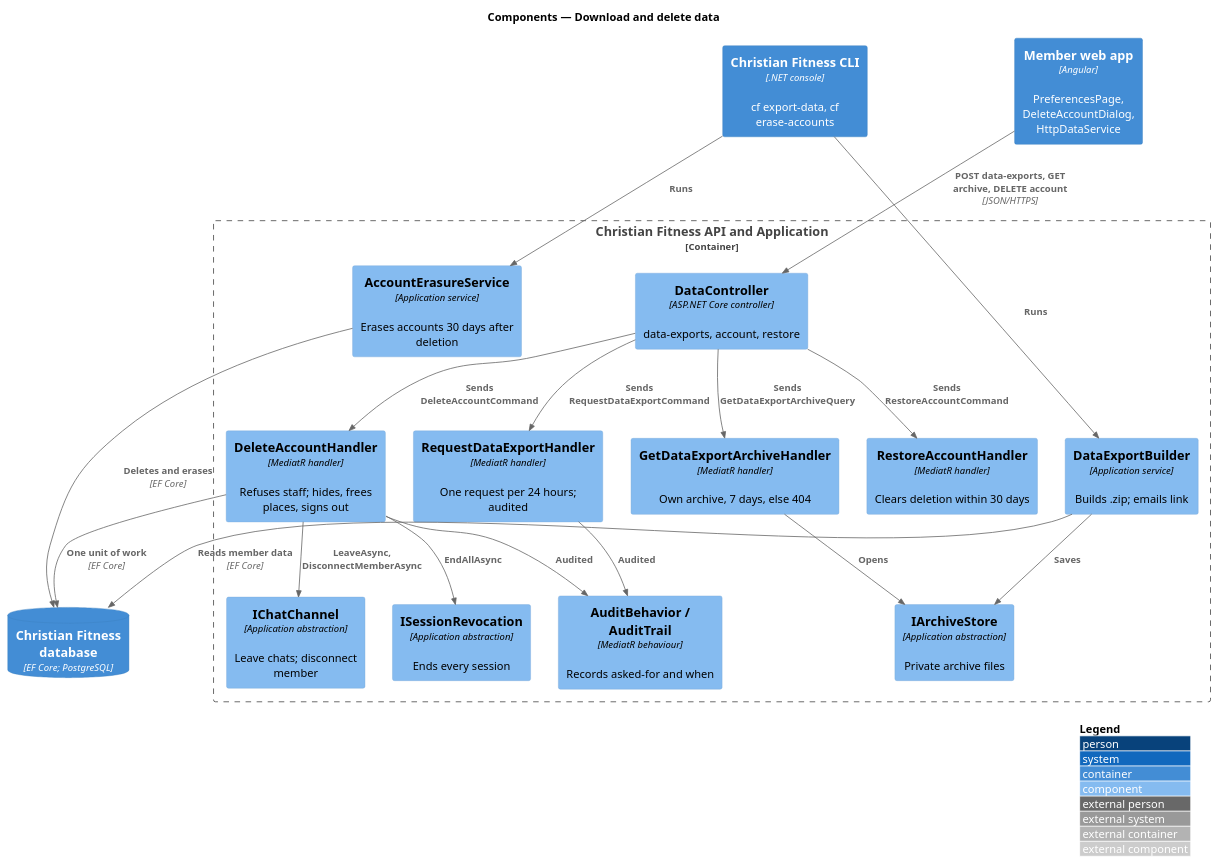
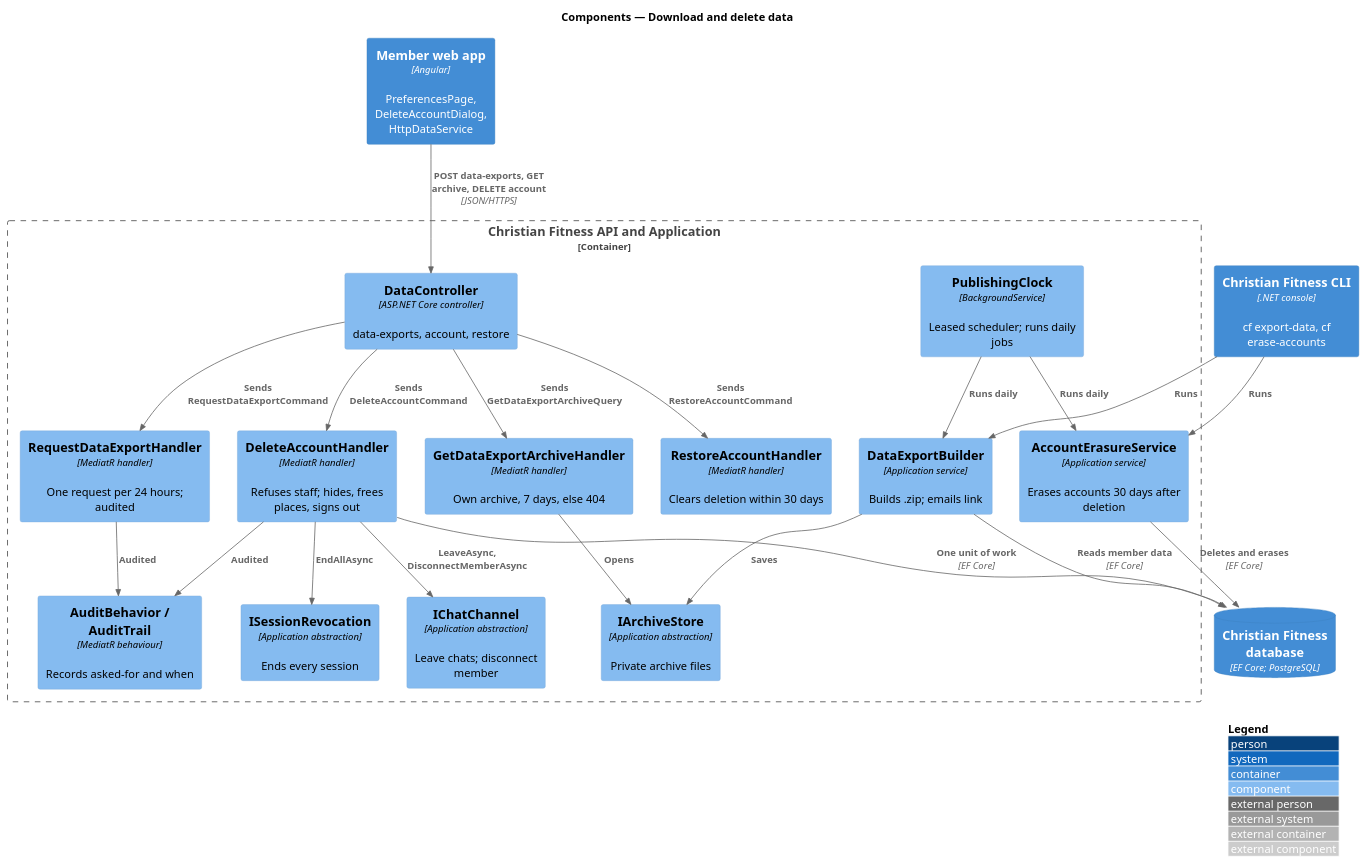
The diagram in docs/detailed-designs/preferences/download-and-delete-data/diagrams/c4-component.puml (QuinntyneBrown/christian-fitness), drawn with PlantUML before and after one commit. The commit also changed 33 other files, not shown here.

```diff
--- a/docs/detailed-designs/preferences/download-and-delete-data/diagrams/c4-component.puml
+++ b/docs/detailed-designs/preferences/download-and-delete-data/diagrams/c4-component.puml
@@ -1,38 +1,41 @@
 @startuml
 !include <C4/C4_Component>
 LAYOUT_WITH_LEGEND()
 title Components — Download and delete data
 
 Container(web, "Member web app", "Angular", "PreferencesPage, DeleteAccountDialog, HttpDataService")
 Container(cli, "Christian Fitness CLI", ".NET console", "cf export-data, cf erase-accounts")
 Container_Boundary(api, "Christian Fitness API and Application") {
   Component(ctrl, "DataController", "ASP.NET Core controller", "data-exports, account, restore")
   Component(req, "RequestDataExportHandler", "MediatR handler", "One request per 24 hours; audited")
   Component(get, "GetDataExportArchiveHandler", "MediatR handler", "Own archive, 7 days, else 404")
   Component(del, "DeleteAccountHandler", "MediatR handler", "Refuses staff; hides, frees places, signs out")
   Component(restore, "RestoreAccountHandler", "MediatR handler", "Clears deletion within 30 days")
+  Component(clock, "PublishingClock", "BackgroundService", "Leased scheduler; runs daily jobs")
   Component(builder, "DataExportBuilder", "Application service", "Builds .zip; emails link")
   Component(erase, "AccountErasureService", "Application service", "Erases accounts 30 days after deletion")
   Component(audit, "AuditBehavior / AuditTrail", "MediatR behaviour", "Records asked-for and when")
   Component(rev, "ISessionRevocation", "Application abstraction", "Ends every session")
   Component(chat, "IChatChannel", "Application abstraction", "Leave chats; disconnect member")
   Component(store, "IArchiveStore", "Application abstraction", "Private archive files")
 }
 ContainerDb(db, "Christian Fitness database", "EF Core; PostgreSQL", "")
 Rel(web, ctrl, "POST data-exports, GET archive, DELETE account", "JSON/HTTPS")
 Rel(ctrl, req, "Sends RequestDataExportCommand")
 Rel(ctrl, get, "Sends GetDataExportArchiveQuery")
 Rel(ctrl, del, "Sends DeleteAccountCommand")
 Rel(ctrl, restore, "Sends RestoreAccountCommand")
 Rel(req, audit, "Audited")
 Rel(del, audit, "Audited")
 Rel(del, rev, "EndAllAsync")
 Rel(del, chat, "LeaveAsync, DisconnectMemberAsync")
 Rel(get, store, "Opens")
 Rel(cli, builder, "Runs")
 Rel(cli, erase, "Runs")
+Rel(clock, builder, "Runs daily")
+Rel(clock, erase, "Runs daily")
 Rel(builder, store, "Saves")
 Rel(builder, db, "Reads member data", "EF Core")
 Rel(erase, db, "Deletes and erases", "EF Core")
 Rel(del, db, "One unit of work", "EF Core")
 @enduml
```
